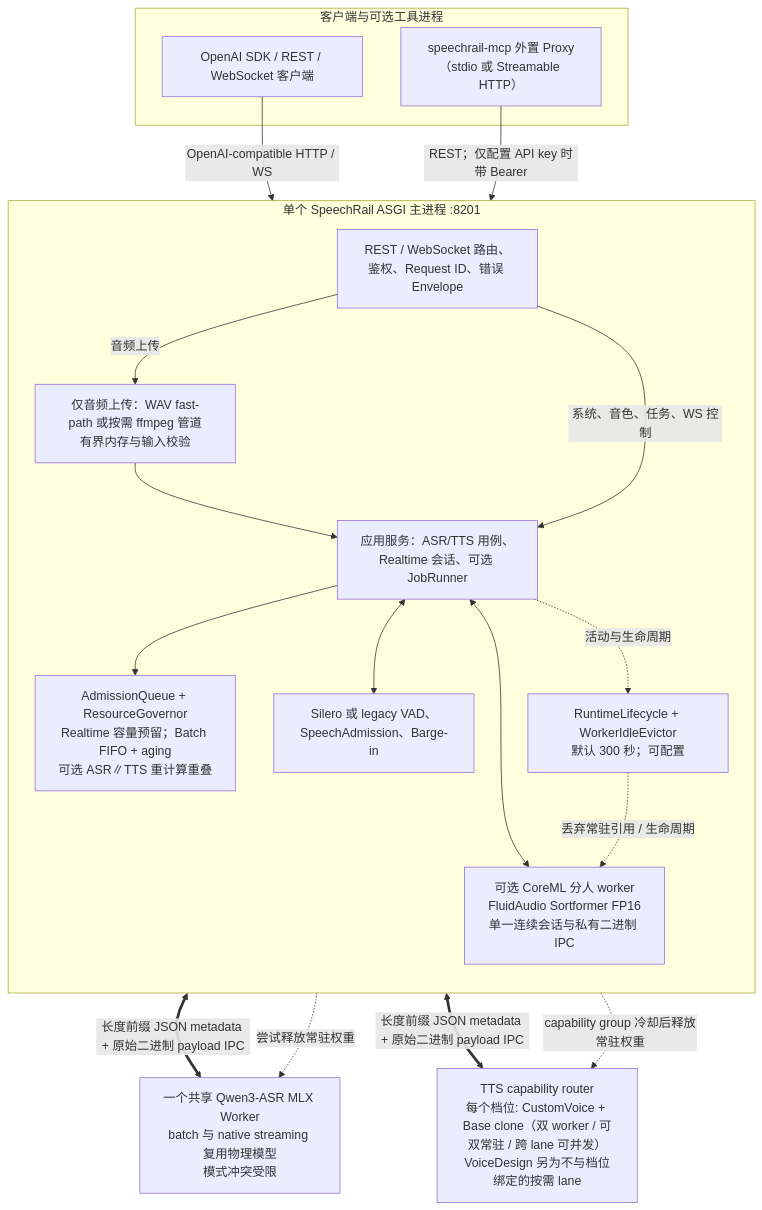
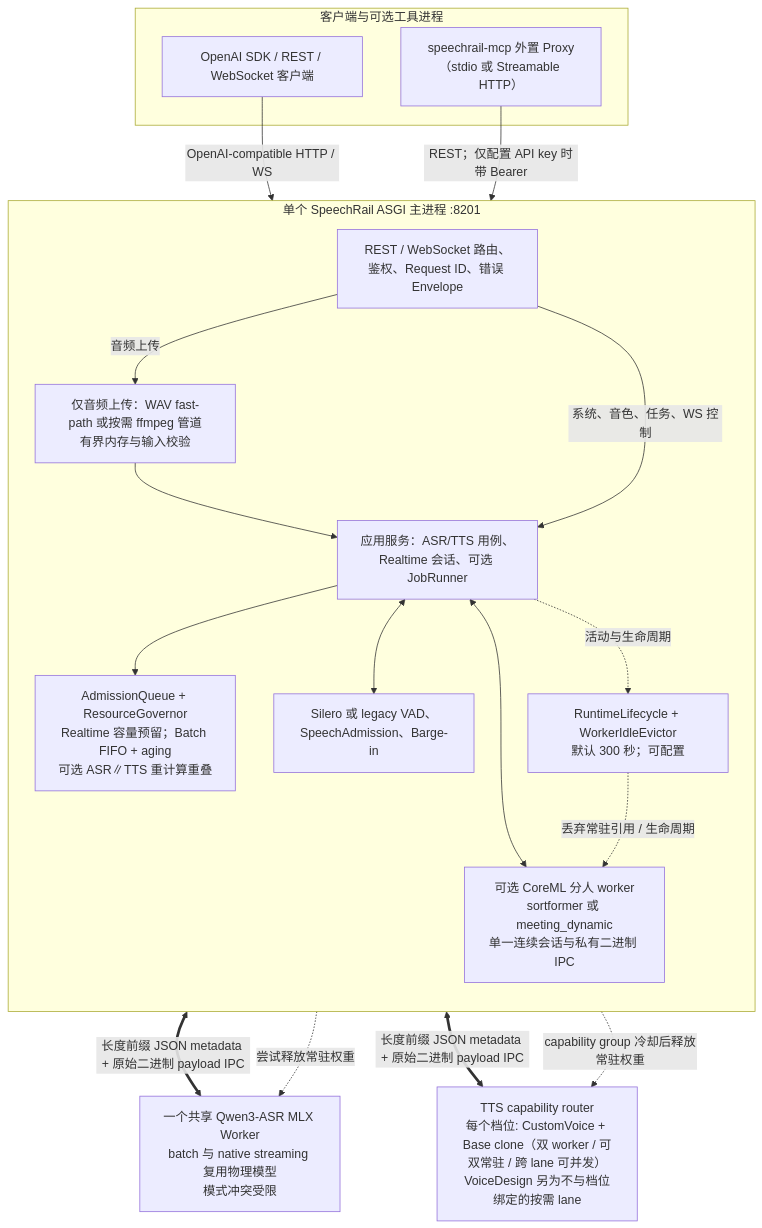
The first of 2 diagrams in docs/architecture/architecture.md (hrygo/SpeechRail), drawn with Mermaid before and after one commit. The commit also changed other lines of this file and 19 other files, not shown here.

````diff
--- a/docs/architecture/architecture.md
+++ b/docs/architecture/architecture.md
@@ -15,36 +15,36 @@
 ```mermaid
 flowchart TD
     subgraph Clients["客户端与可选工具进程"]
         SDK["OpenAI SDK / REST / WebSocket 客户端"]
         MCP["speechrail-mcp 外置 Proxy<br/>（stdio 或 Streamable HTTP）"]
     end
 
     subgraph Host["单个 SpeechRail ASGI 主进程 :8201"]
         direction TB
         Ingress["REST / WebSocket 路由、鉴权、Request ID、错误 Envelope"]
         Decode["仅音频上传：WAV fast-path 或按需 ffmpeg 管道<br/>有界内存与输入校验"]
         App["应用服务：ASR/TTS 用例、Realtime 会话、可选 JobRunner"]
         Admit["AdmissionQueue + ResourceGovernor<br/>Realtime 容量预留；Batch FIFO + aging<br/>可选 ASR∥TTS 重计算重叠"]
         VAD["Silero 或 legacy VAD、SpeechAdmission、Barge-in"]
-        Diar["可选 CoreML 分人 worker<br/>FluidAudio Sortformer FP16<br/>单一连续会话与私有二进制 IPC"]
+        Diar["可选 CoreML 分人 worker<br/>sortformer 或 meeting_dynamic<br/>单一连续会话与私有二进制 IPC"]
         Life["RuntimeLifecycle + WorkerIdleEvictor<br/>默认 300 秒；可配置"]
 
         Ingress -->|音频上传| Decode --> App
         Ingress -->|系统、音色、任务、WS 控制| App
         App --> Admit
         App <--> VAD
         App <--> Diar
         App -. 活动与生命周期 .-> Life
     end
 
     ASR["一个共享 Qwen3-ASR MLX Worker<br/>batch 与 native streaming 复用物理模型<br/>模式冲突受限"]
     TTS["TTS capability router<br/>每个档位: CustomVoice + Base clone（双 worker / 可双常驻 / 跨 lane 可并发）<br/>VoiceDesign 另为不与档位绑定的按需 lane"]
 
     SDK -->|OpenAI-compatible HTTP / WS| Ingress
     MCP -->|REST；仅配置 API key 时带 Bearer| Ingress
     App <==>|"长度前缀 JSON metadata + 原始二进制 payload IPC"| ASR
     App <==>|"长度前缀 JSON metadata + 原始二进制 payload IPC"| TTS
     Life -. 尝试释放常驻权重 .-> ASR
     Life -. capability group 冷却后释放常驻权重 .-> TTS
     Life -. 丢弃常驻引用 / 生命周期 .-> Diar
 ```
````
